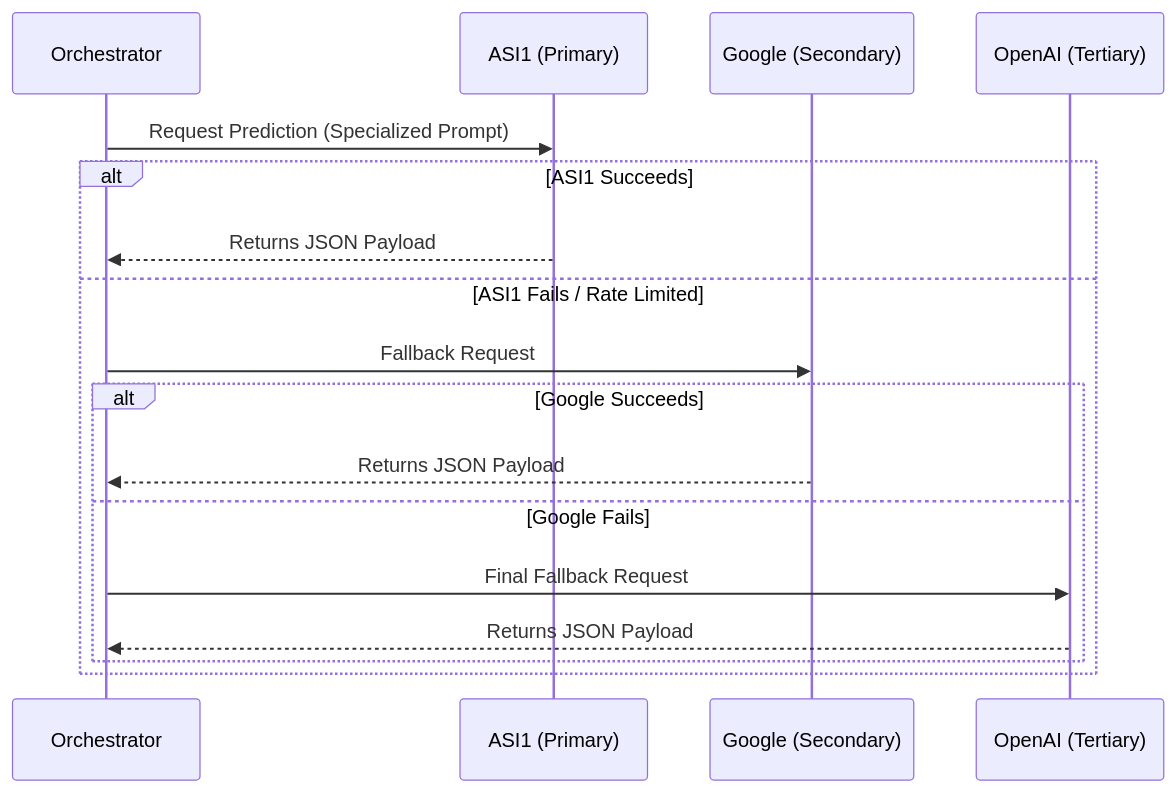
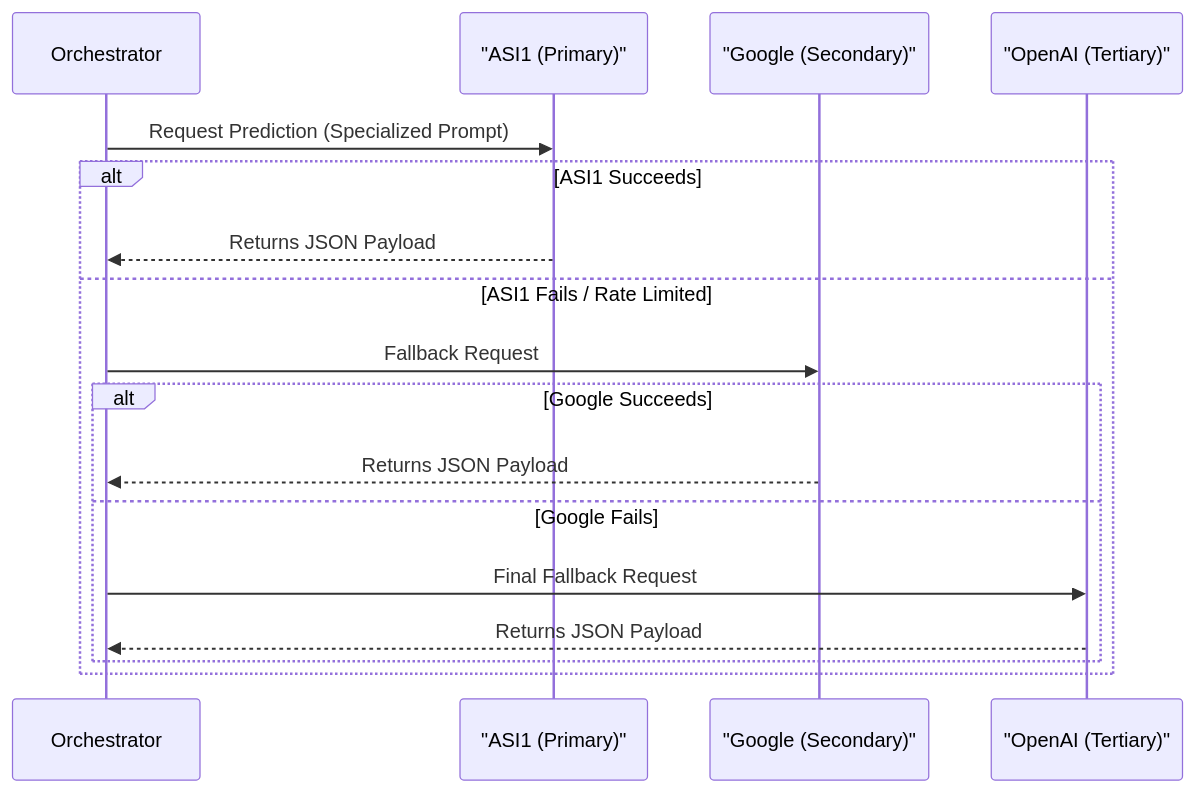
One commit to jdwalka/WE-CFM-Orchestrator changed the diagram in docs/llm_engine.md. Above: the diagram before and after it, drawn with Mermaid. The commit also changed 1 other file, not shown here.

Commit message:
fix: resolve mermaid chart parsing errors on GitHub

````diff
--- a/docs/llm_engine.md
+++ b/docs/llm_engine.md
@@ -7,20 +7,20 @@
 ```mermaid
 sequenceDiagram
     participant App as Orchestrator
-    participant ASI1 as ASI1 (Primary)
-    participant Google as Google (Secondary)
-    participant OpenAI as OpenAI (Tertiary)
+    participant ASI1 as "ASI1 (Primary)"
+    participant Google as "Google (Secondary)"
+    participant OpenAI as "OpenAI (Tertiary)"
 
     App->>ASI1: Request Prediction (Specialized Prompt)
     alt ASI1 Succeeds
         ASI1-->>App: Returns JSON Payload
     else ASI1 Fails / Rate Limited
         App->>Google: Fallback Request
         alt Google Succeeds
             Google-->>App: Returns JSON Payload
         else Google Fails
             App->>OpenAI: Final Fallback Request
             OpenAI-->>App: Returns JSON Payload
         end
     end
 ```
````
